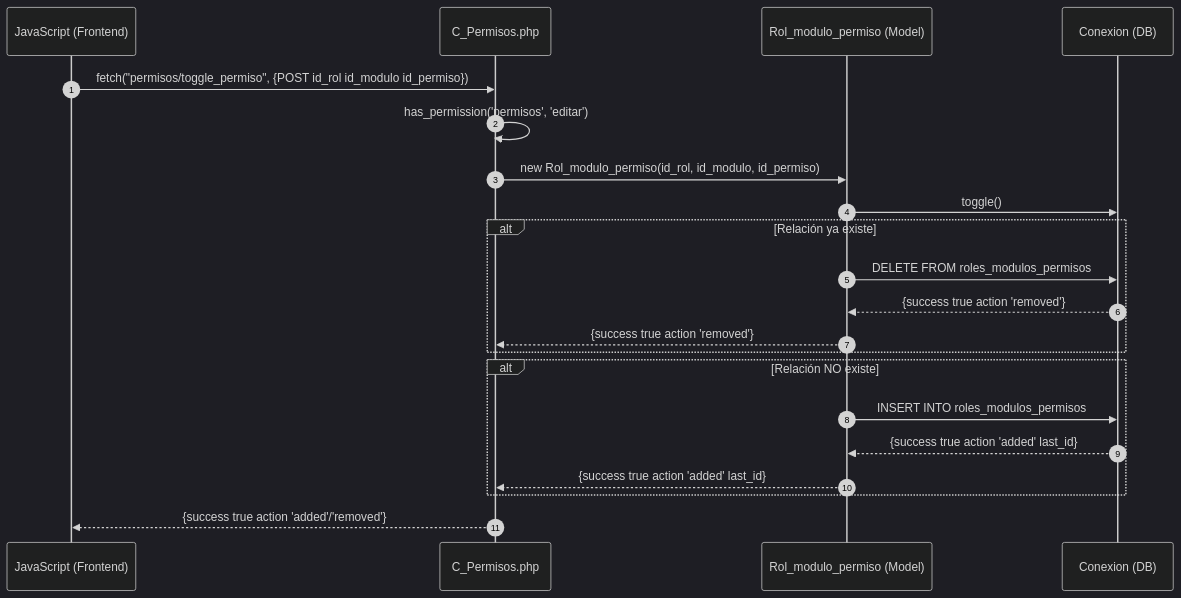
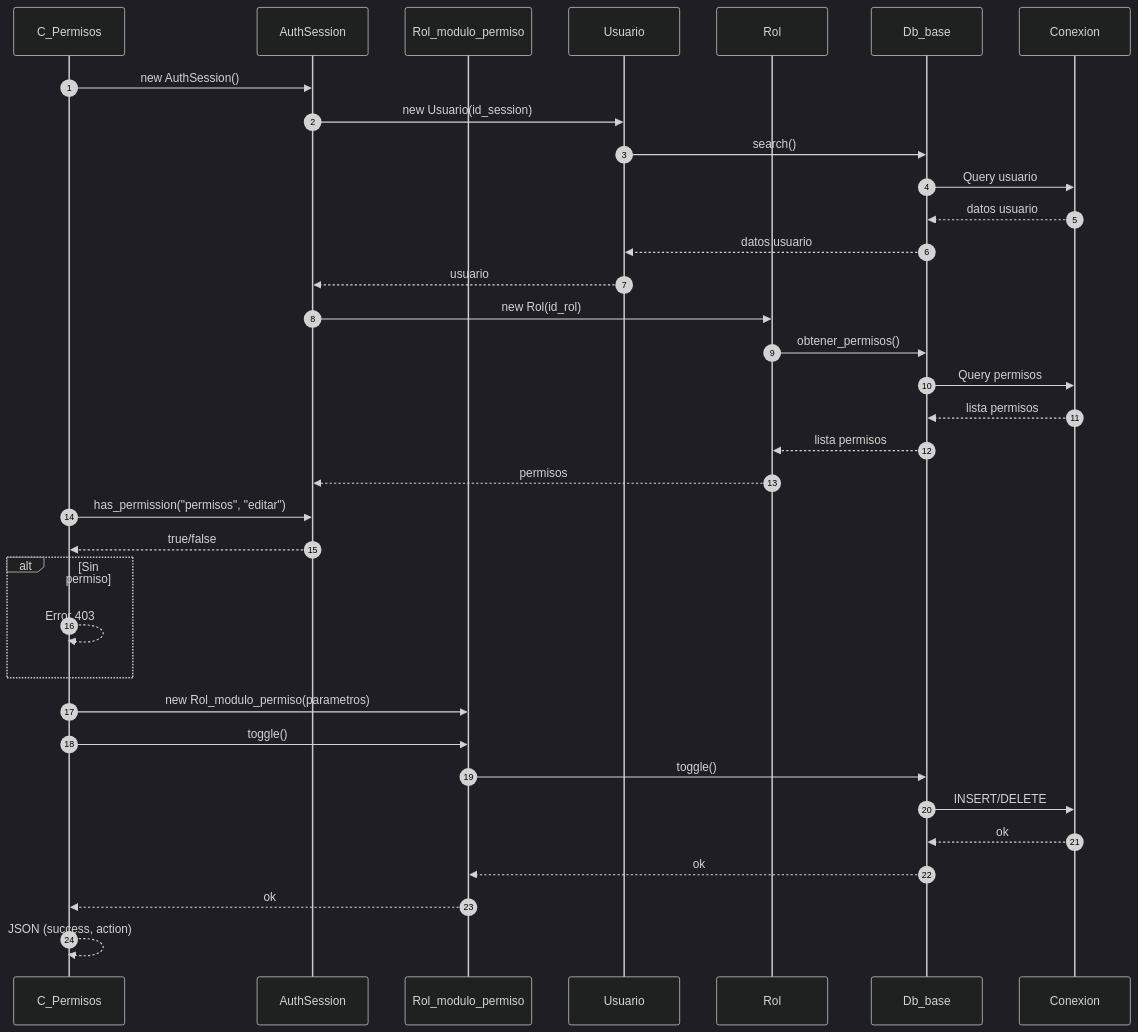
Before and after one commit to Tecrato/BurgerHouse: the third of 4 diagrams in docs/secuencia/permisos/permisos.md, drawn with Mermaid (dark theme). The commit also changed other lines of this file and 13 other files, not shown here.

First line of the commit message:
diagramas actualizaos

````diff
--- a/docs/secuencia/permisos/permisos.md
+++ b/docs/secuencia/permisos/permisos.md
@@ -50,29 +95,43 @@
 ```mermaid
 sequenceDiagram
     autonumber
-    participant JS as JavaScript (Frontend)
-    participant C_Permisos as C_Permisos.php
-    participant Rol_modulo_permiso as Rol_modulo_permiso (Model)
-    participant DB as Conexion (DB)
+    participant C_Permisos as C_Permisos
+    participant AuthSession as AuthSession
+    participant Rol_modulo_permiso as Rol_modulo_permiso
+    participant Usuario as Usuario
+    participant Rol as Rol
+    participant Db_base as Db_base
+    participant Conexion as Conexion
     
-    JS->>C_Permisos: fetch("permisos/toggle_permiso", {POST id_rol id_modulo id_permiso})
+    C_Permisos->>AuthSession: new AuthSession()
+    AuthSession->>Usuario: new Usuario(id_session)
+    Usuario->>Db_base: search()
+    Db_base->>Conexion: Query usuario
+    Conexion-->>Db_base: datos usuario
+    Db_base-->>Usuario: datos usuario
+    Usuario-->>AuthSession: usuario
     
-    C_Permisos->>C_Permisos: has_permission('permisos', 'editar')
+    AuthSession->>Rol: new Rol(id_rol)
+    Rol->>Db_base: obtener_permisos()
+    Db_base->>Conexion: Query permisos
+    Conexion-->>Db_base: lista permisos
+    Db_base-->>Rol: lista permisos
+    Rol-->>AuthSession: permisos
     
-    C_Permisos->>Rol_modulo_permiso: new Rol_modulo_permiso(id_rol, id_modulo, id_permiso)
-    Rol_modulo_permiso->>DB: toggle()
+    C_Permisos->>AuthSession: has_permission("permisos", "editar")
+    AuthSession-->>C_Permisos: true/false
     
-    alt Relación ya existe
-        Rol_modulo_permiso->>DB: DELETE FROM roles_modulos_permisos
-        DB-->>Rol_modulo_permiso: {success true action 'removed'}
-        Rol_modulo_permiso-->>C_Permisos: {success true action 'removed'}
+    alt Sin permiso
+        C_Permisos-->>C_Permisos: Error 403
     end
     
-    alt Relación NO existe
-        Rol_modulo_permiso->>DB: INSERT INTO roles_modulos_permisos
-        DB-->>Rol_modulo_permiso: {success true action 'added' last_id}
-        Rol_modulo_permiso-->>C_Permisos: {success true action 'added' last_id}
-    end
+    C_Permisos->>Rol_modulo_permiso: new Rol_modulo_permiso(parametros)
+    C_Permisos->>Rol_modulo_permiso: toggle()
+    Rol_modulo_permiso->>Db_base: toggle()
+    Db_base->>Conexion: INSERT/DELETE
+    Conexion-->>Db_base: ok
+    Db_base-->>Rol_modulo_permiso: ok
+    Rol_modulo_permiso-->>C_Permisos: ok
     
-    C_Permisos-->>JS: {success true action 'added'/'removed'}
+    C_Permisos-->>C_Permisos: JSON (success, action)
 ```
````
